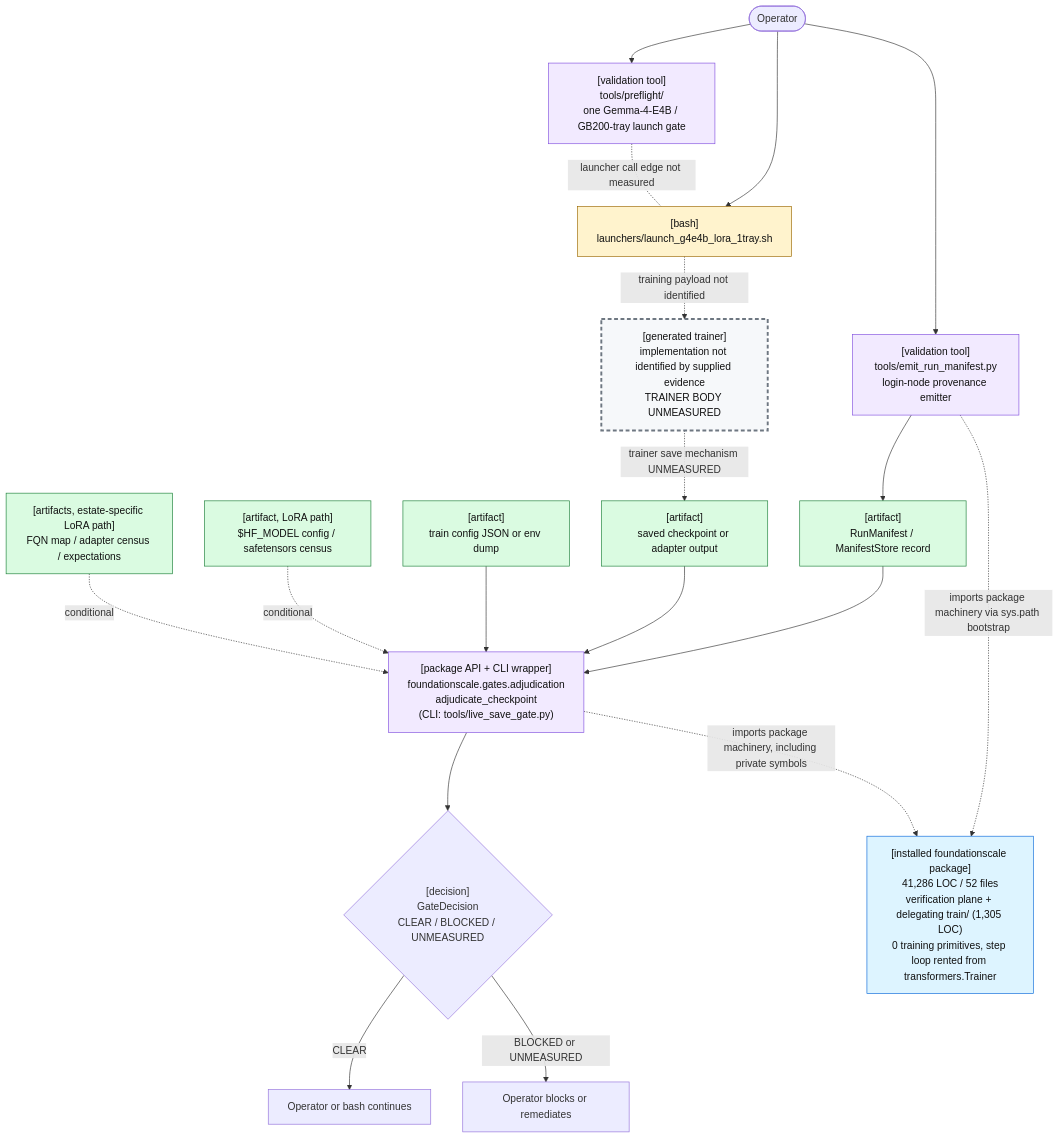
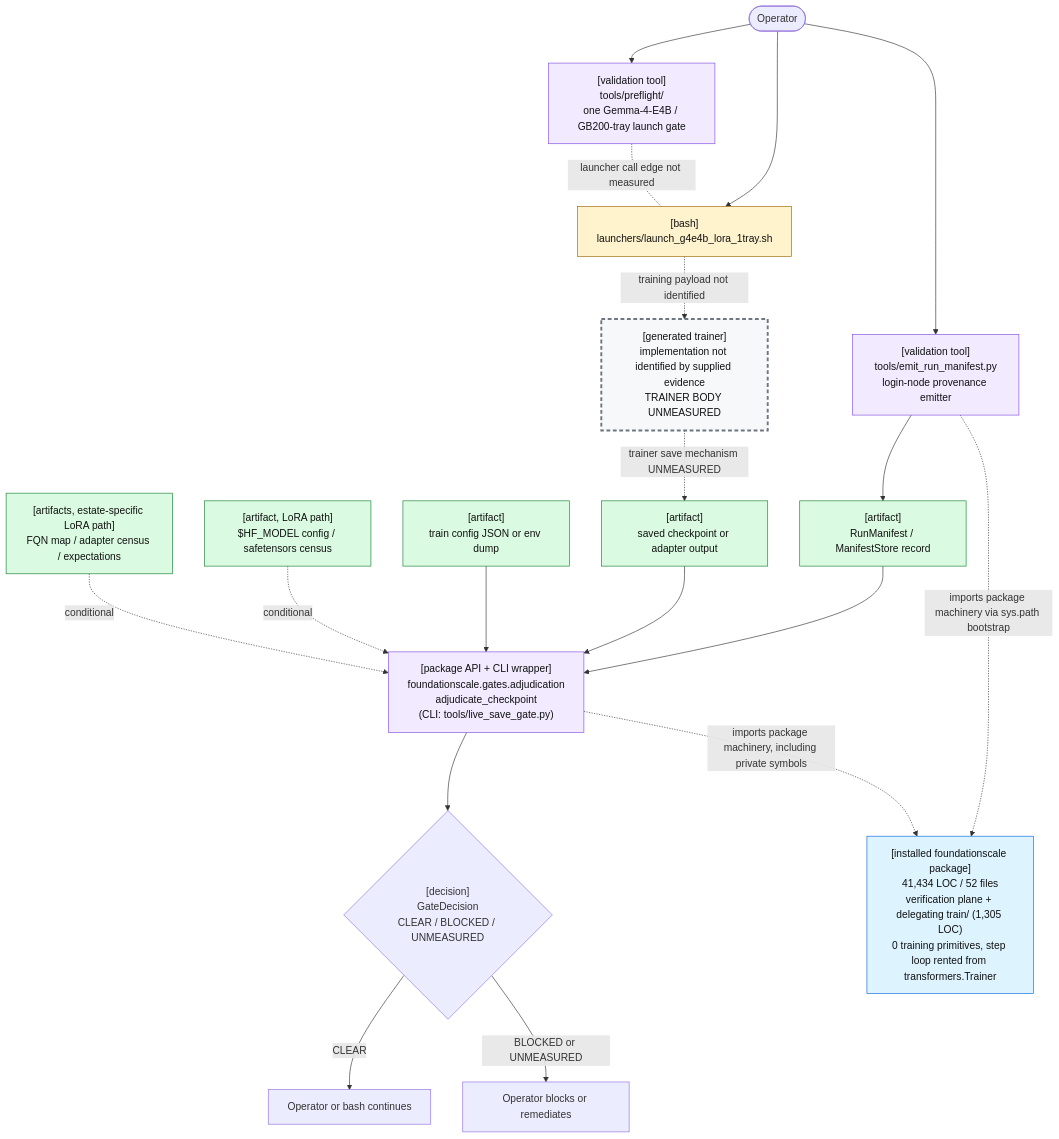
The first of 2 diagrams in docs/review/D2_current_architecture.md (TranNhiem/FoundationScale), drawn with Mermaid before and after one commit. The commit also changed other lines of this file and 12 other files, not shown here.

````diff
--- a/docs/review/D2_current_architecture.md
+++ b/docs/review/D2_current_architecture.md
@@ -25,59 +25,59 @@
 ```mermaid
 flowchart TB
   O(["Operator"])
 
   PF["[validation tool]<br/>tools/preflight/<br/>one Gemma-4-E4B / GB200-tray launch gate"]
   L["[bash]<br/>launchers/launch_g4e4b_lora_1tray.sh"]
 
   E["[validation tool]<br/>tools/emit_run_manifest.py<br/>login-node provenance emitter"]
   M["[artifact]<br/>RunManifest / ManifestStore record"]
 
   T["[generated trainer]<br/>implementation not identified by supplied evidence<br/>TRAINER BODY UNMEASURED"]
   C["[artifact]<br/>saved checkpoint or adapter output"]
 
   G["[package API + CLI wrapper]<br/>foundationscale.gates.adjudication<br/>adjudicate_checkpoint<br/>(CLI: tools/live_save_gate.py)"]
   CFG["[artifact]<br/>train config JSON or env dump"]
   BASE["[artifact, LoRA path]<br/>$HF_MODEL config / safetensors census"]
   CEN["[artifacts, estate-specific LoRA path]<br/>FQN map / adapter census / expectations"]
 
   D{"[decision]<br/>GateDecision<br/>CLEAR / BLOCKED / UNMEASURED"}
   OK["Operator or bash continues"]
   NO["Operator blocks or remediates"]
 
-  PKG["[installed foundationscale package]<br/>41,286 LOC / 52 files<br/>verification plane + delegating train/ (1,305 LOC)<br/>0 training primitives, step loop rented from transformers.Trainer"]
+  PKG["[installed foundationscale package]<br/>41,434 LOC / 52 files<br/>verification plane + delegating train/ (1,305 LOC)<br/>0 training primitives, step loop rented from transformers.Trainer"]
 
   O --> PF
   O --> L
   PF -. "launcher call edge not measured" .- L
 
   O --> E
   E --> M
 
   L -. "training payload not identified" .-> T
   T -. "trainer save mechanism UNMEASURED" .-> C
 
   M --> G
   C --> G
   CFG --> G
   BASE -. "conditional" .-> G
   CEN -. "conditional" .-> G
 
   E -. "imports package machinery via sys.path bootstrap" .-> PKG
   G -. "imports package machinery, including private symbols" .-> PKG
 
   G --> D
   D -->|"CLEAR"| OK
   D -->|"BLOCKED or UNMEASURED"| NO
 
   classDef bash fill:#fff3cd,stroke:#9a6700,color:#111;
   classDef tool fill:#f2eaff,stroke:#8250df,color:#111;
   classDef artifact fill:#dafbe1,stroke:#1a7f37,color:#111;
   classDef gap fill:#f6f8fa,stroke:#6e7781,stroke-width:3px,stroke-dasharray: 6 4,color:#111;
   classDef pkg fill:#ddf4ff,stroke:#0969da,color:#111;
 
   class L bash;
   class PF,E,G tool;
   class M,C,CFG,BASE,CEN artifact;
   class T gap;
   class PKG pkg;
 ```
````
